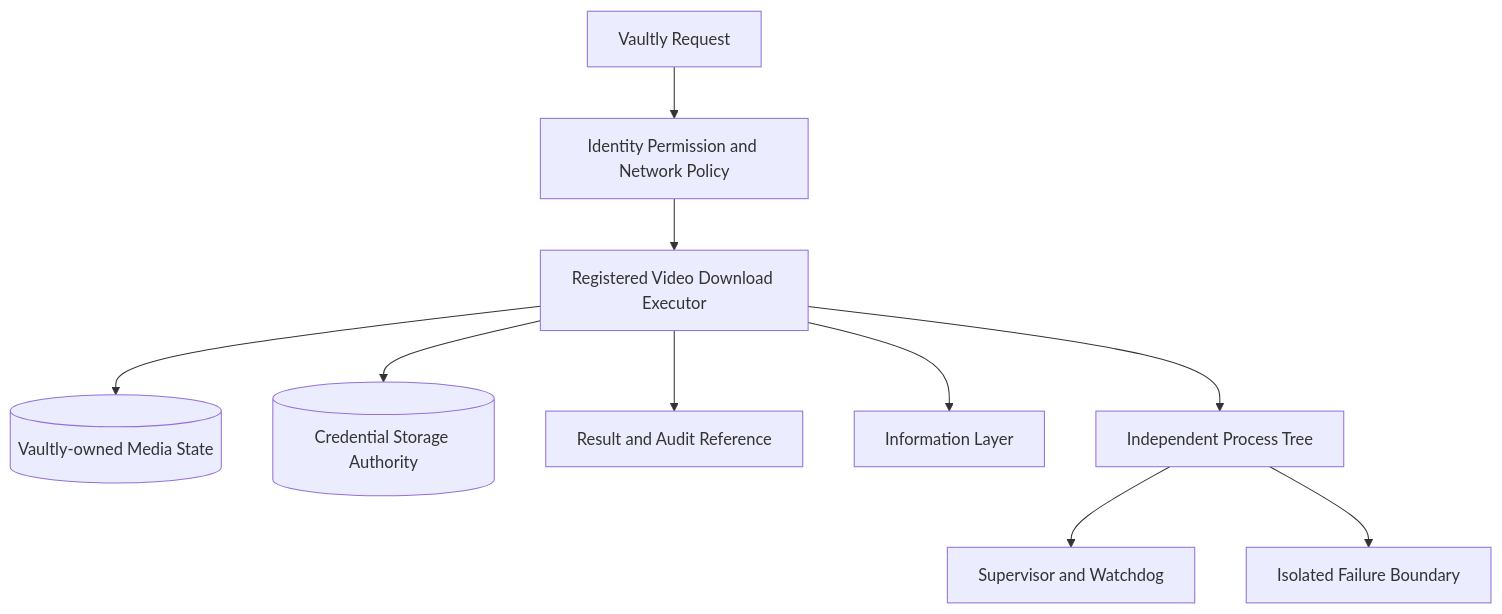
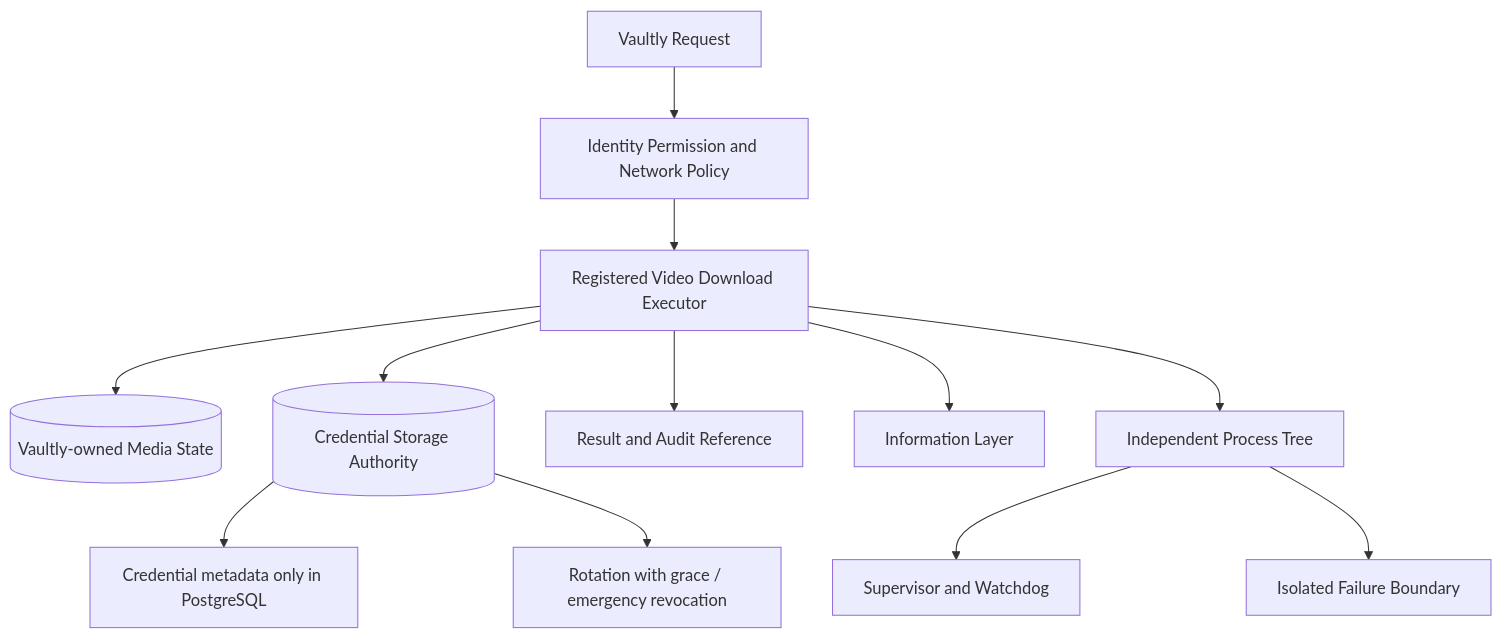
Before and after one commit to guilty442-source/GPTBridge: the diagram in governance_rule/codex/architecture-tool-vaultly.md, drawn with Mermaid. The commit also changed other lines of this file and 9 other files, not shown here.

Commit message:
Codex: complete all 12 architecture diagrams (git, local-model, model-dialogue, ai-assistant, ai-collaboration, file-sorter, investment-mobile, vaultly) + hash rebind; blueprint synced

````diff
--- a/governance_rule/codex/architecture-tool-vaultly.md
+++ b/governance_rule/codex/architecture-tool-vaultly.md
@@ -3,12 +3,14 @@
 ```mermaid
 flowchart TB
   ENTRY[Vaultly Request] --> AUTH[Identity Permission and Network Policy]
   AUTH --> DOWNLOAD[Registered Video Download Executor]
   DOWNLOAD --> MEDIA[(Vaultly-owned Media State)]
   DOWNLOAD --> CRED[(Credential Storage Authority)]
+  CRED --> META[Credential metadata only in PostgreSQL]
+  CRED --> ROTATE[Rotation with grace / emergency revocation]
   DOWNLOAD --> RECEIPT[Result and Audit Reference]
   DOWNLOAD --> INFO[Information Layer]
   DOWNLOAD --> PROC[Independent Process Tree]
   PROC --> SUP[Supervisor and Watchdog]
   PROC --> FAULT[Isolated Failure Boundary]
 ```
````
